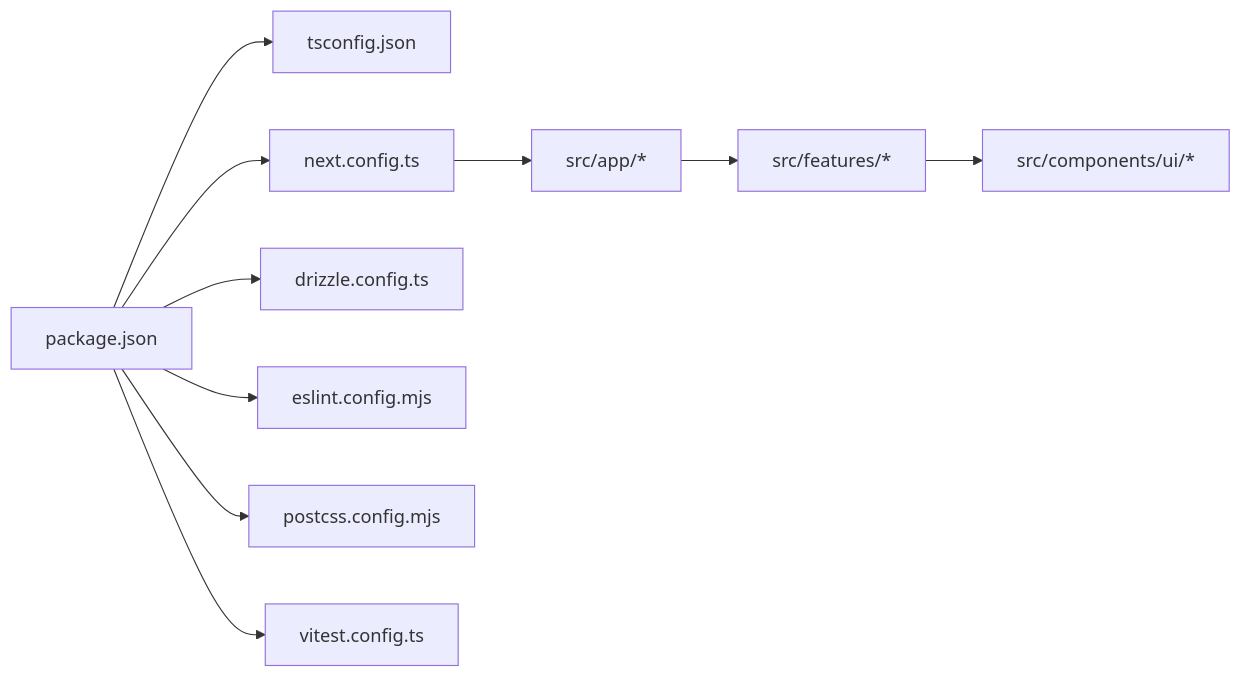
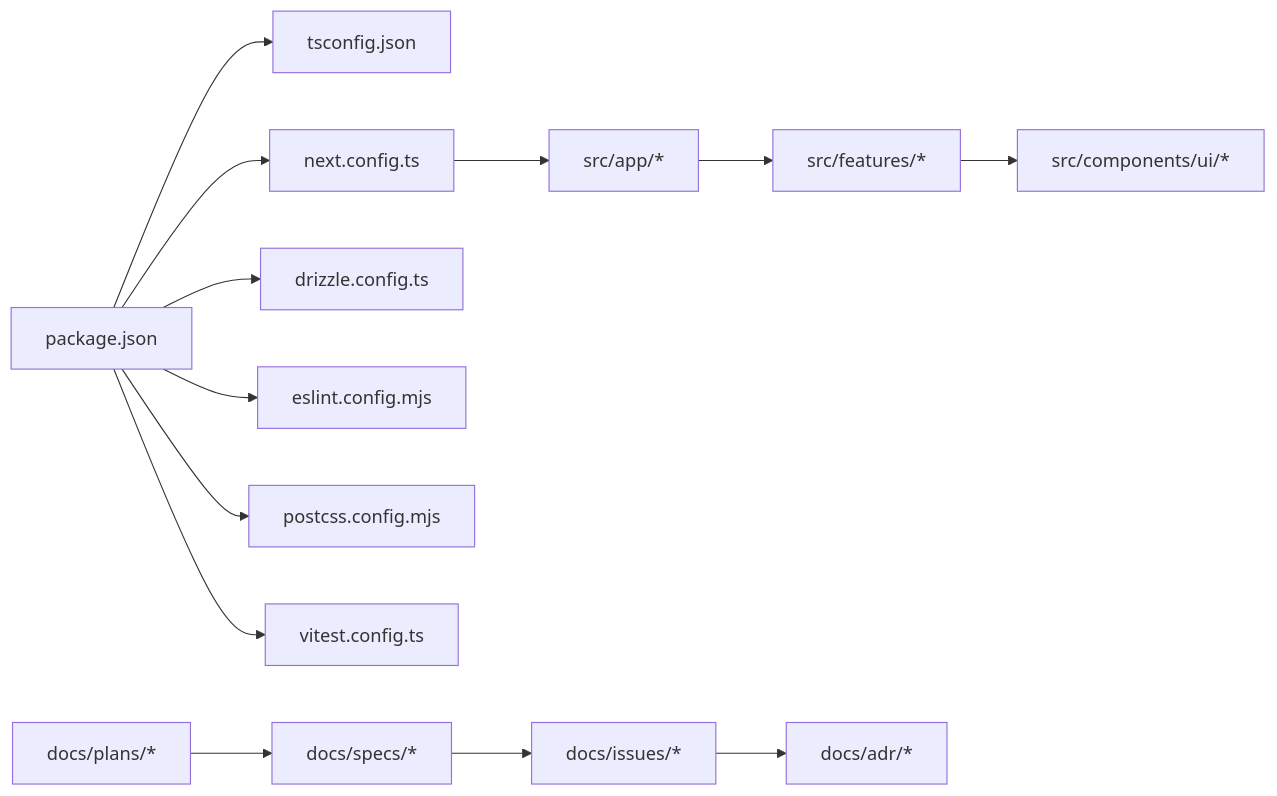
One commit to AIMFllyYS/code-video-canvas changed the eighth of 8 diagrams in .qoder/repowiki/zh/content/开发指南/开发指南.md. Above: the diagram before and after it, drawn with Mermaid. The commit also changed other lines of this file and 51 other files, not shown here.

````diff
--- a/.qoder/repowiki/zh/content/开发指南/开发指南.md
+++ b/.qoder/repowiki/zh/content/开发指南/开发指南.md
@@ -384,12 +453,15 @@
 ```mermaid
 graph LR
 Pkg["package.json"] --> TS["tsconfig.json"]
 Pkg --> Next["next.config.ts"]
 Pkg --> Drizzle["drizzle.config.ts"]
 Pkg --> ESLint["eslint.config.mjs"]
 Pkg --> PostCSS["postcss.config.mjs"]
 Pkg --> Vitest["vitest.config.ts"]
 Next --> App["src/app/*"]
 App --> Features["src/features/*"]
 Features --> Components["src/components/ui/*"]
+Specs["docs/specs/*"] --> Issues["docs/issues/*"]
+Issues --> ADR["docs/adr/*"]
+Plans["docs/plans/*"] --> Specs
 ```
````
